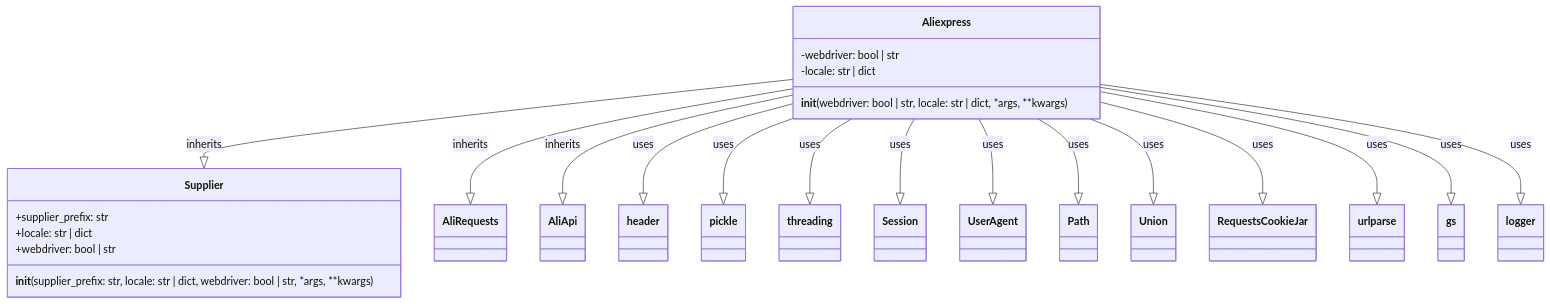
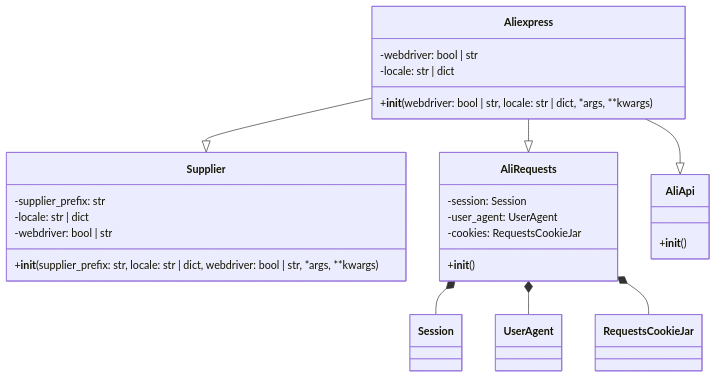
One commit to hypo69/hypo changed the second of 3 diagrams in docs/gemini/ru/explainer/src/suppliers/aliexpress/aliexpress.py.md. Above: the diagram before and after it, drawn with Mermaid. The commit also changed other lines of this file and 596 other files, not shown here.

````diff
--- a/docs/gemini/ru/explainer/src/suppliers/aliexpress/aliexpress.py.md
+++ b/docs/gemini/ru/explainer/src/suppliers/aliexpress/aliexpress.py.md
@@ -24,45 +31,39 @@
 ```mermaid
-classDiagram
+    classDiagram
     class Aliexpress {
         -webdriver: bool | str
         -locale: str | dict
-        __init__(webdriver: bool | str, locale: str | dict, *args, **kwargs)
+        +__init__(webdriver: bool | str, locale: str | dict, *args, **kwargs)
     }
+    
+    Aliexpress --|> Supplier
+    Aliexpress --|> AliRequests
+    Aliexpress --|> AliApi
+    
     class Supplier {
-        +supplier_prefix: str
-        +locale: str | dict
-        +webdriver: bool | str
-        __init__(supplier_prefix: str, locale: str | dict, webdriver: bool | str, *args, **kwargs)
+        -supplier_prefix: str
+        -locale: str | dict
+        -webdriver: bool | str
+        +__init__(supplier_prefix: str, locale: str | dict, webdriver: bool | str, *args, **kwargs)
     }
+    
     class AliRequests {
+        -session: Session
+        -user_agent: UserAgent
+        -cookies: RequestsCookieJar
+        +__init__()
     }
+    
     class AliApi {
+       +__init__()
     }
-    Aliexpress --|> Supplier : inherits
-    Aliexpress --|> AliRequests : inherits
-    Aliexpress --|> AliApi : inherits
     
-    class header
-    class pickle
-    class threading
     class Session
     class UserAgent
-    class Path
-    class Union
     class RequestsCookieJar
-    class urlparse
-    class gs
-    class logger
+    
+    AliRequests *-- Session
+    AliRequests *-- UserAgent
+    AliRequests *-- RequestsCookieJar
 
-    Aliexpress --|> header : uses
-    Aliexpress --|> pickle : uses
-    Aliexpress --|> threading : uses
-    Aliexpress --|> Session : uses
-    Aliexpress --|> UserAgent : uses
-    Aliexpress --|> Path : uses
-    Aliexpress --|> Union : uses
-    Aliexpress --|> RequestsCookieJar : uses
-    Aliexpress --|> urlparse : uses
-    Aliexpress --|> gs : uses
-     Aliexpress --|> logger : uses
 ```
````
